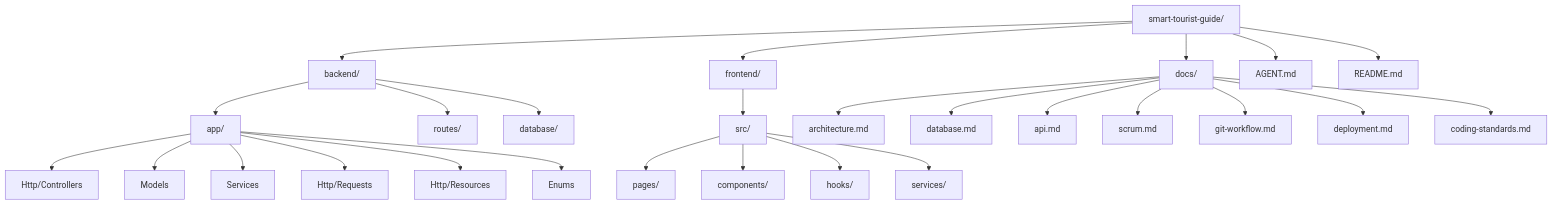
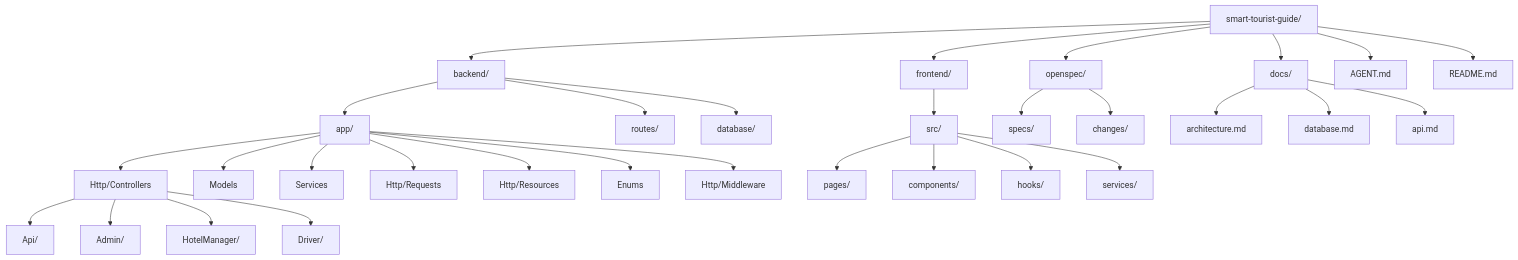
Before and after one commit to Abdlatifbnchihk/Smart-Tourist-Guide: the diagram in docs/Architecture.md, drawn with Mermaid. The commit also changed other lines of this file and 16 other files, not shown here.

Commit message:
create a AdminController and UserController & Resources and Request

````diff
--- a/docs/Architecture.md
+++ b/docs/Architecture.md
@@ -170,32 +319,39 @@
 ```mermaid
 graph TD
     ROOT[smart-tourist-guide/] --> BACKEND[backend/]
     ROOT --> FRONTEND[frontend/]
+    ROOT --> OPENSPEC[openspec/]
     ROOT --> DOCS[docs/]
     ROOT --> AGENT[AGENT.md]
     ROOT --> README[README.md]
 
     BACKEND --> APP[app/]
     BACKEND --> ROUTES[routes/]
     BACKEND --> DBFOLDER[database/]
-    APP --> CONTROLLERS[Http/Controllers]
-    APP --> MODELS[Models]
-    APP --> SERVICES[Services]
-    APP --> REQUESTS[Http/Requests]
-    APP --> RESOURCES[Http/Resources]
-    APP --> ENUMS[Enums]
+
+    APP --> CTRL[Http/Controllers]
+    APP --> MDLS[Models]
+    APP --> SRVC[Services]
+    APP --> REQ[Http/Requests]
+    APP --> RES[Http/Resources]
+    APP --> ENUM[Enums]
+    APP --> MW[Http/Middleware]
+
+    CTRL --> API[Api/]
+    CTRL --> ADMIN[Admin/]
+    CTRL --> HM[HotelManager/]
+    CTRL --> DRV[Driver/]
 
     FRONTEND --> SRC[src/]
     SRC --> PAGES[pages/]
     SRC --> COMPONENTS[components/]
     SRC --> HOOKS[hooks/]
     SRC --> FSERVICES[services/]
 
+    OPENSPEC --> SPECS[specs/]
+    OPENSPEC --> CHANGES[changes/]
+
     DOCS --> D1[architecture.md]
     DOCS --> D2[database.md]
     DOCS --> D3[api.md]
-    DOCS --> D4[scrum.md]
-    DOCS --> D5[git-workflow.md]
-    DOCS --> D6[deployment.md]
-    DOCS --> D7[coding-standards.md]
 ```
````
